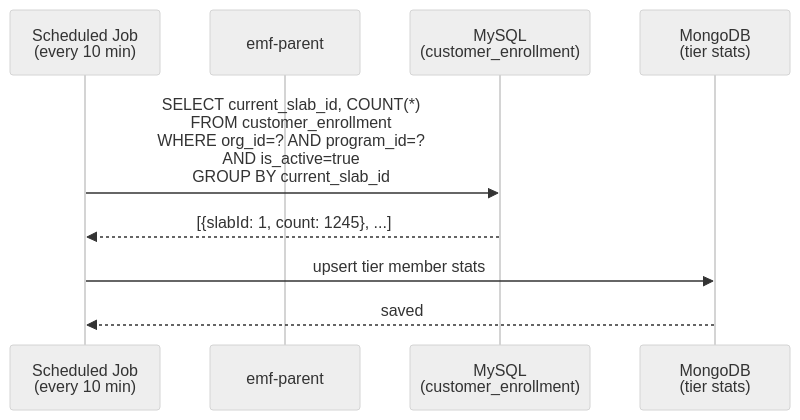
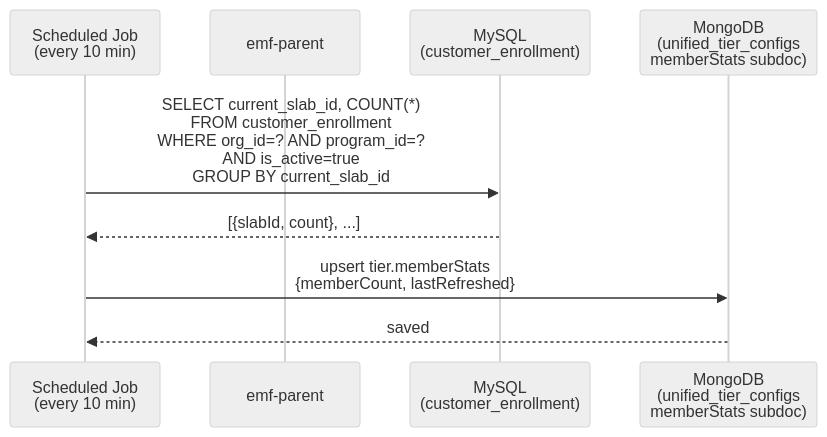
Before and after one commit to BaljeetSinghCapillaryTech/kalpavriksha: the eighth of 9 diagrams in docs/pipeline/tier/cross-repo-trace.md, drawn with Mermaid (neutral theme). The commit also changed other lines of this file, not shown here.

First line of the commit message:
raidlc/ai_tier: Rework #5 cascade Step 7 — Cross-Repo Trace

````diff
--- a/docs/pipeline/tier/cross-repo-trace.md
+++ b/docs/pipeline/tier/cross-repo-trace.md
@@ -88,12 +289,12 @@
 ```mermaid
 sequenceDiagram
     participant CRON as Scheduled Job<br/>(every 10 min)
     participant EMF as emf-parent
     participant DB as MySQL<br/>(customer_enrollment)
-    participant MONGO as MongoDB<br/>(tier stats)
-    
+    participant MONGO as MongoDB<br/>(unified_tier_configs<br/>memberStats subdoc)
+
     CRON->>DB: SELECT current_slab_id, COUNT(*)<br/>FROM customer_enrollment<br/>WHERE org_id=? AND program_id=?<br/>AND is_active=true<br/>GROUP BY current_slab_id
-    DB-->>CRON: [{slabId: 1, count: 1245}, ...]
-    CRON->>MONGO: upsert tier member stats
+    DB-->>CRON: [{slabId, count}, ...]
+    CRON->>MONGO: upsert tier.memberStats<br/>{memberCount, lastRefreshed}
     MONGO-->>CRON: saved
 ```
````
